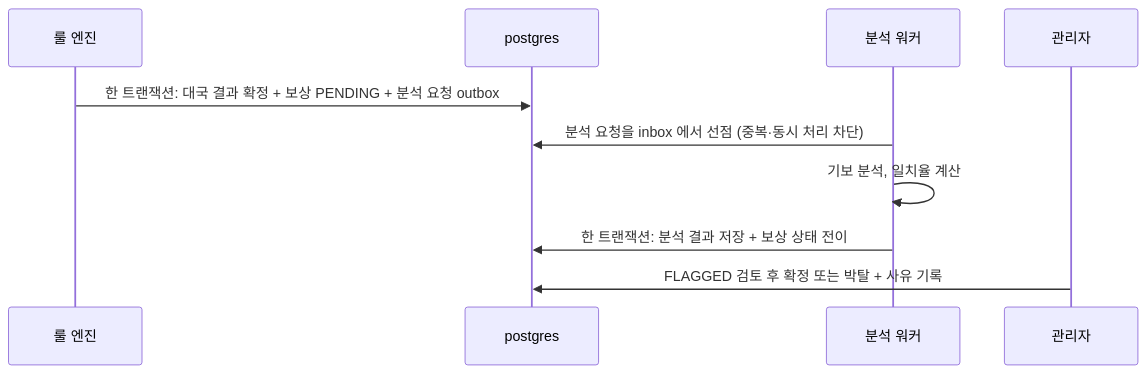
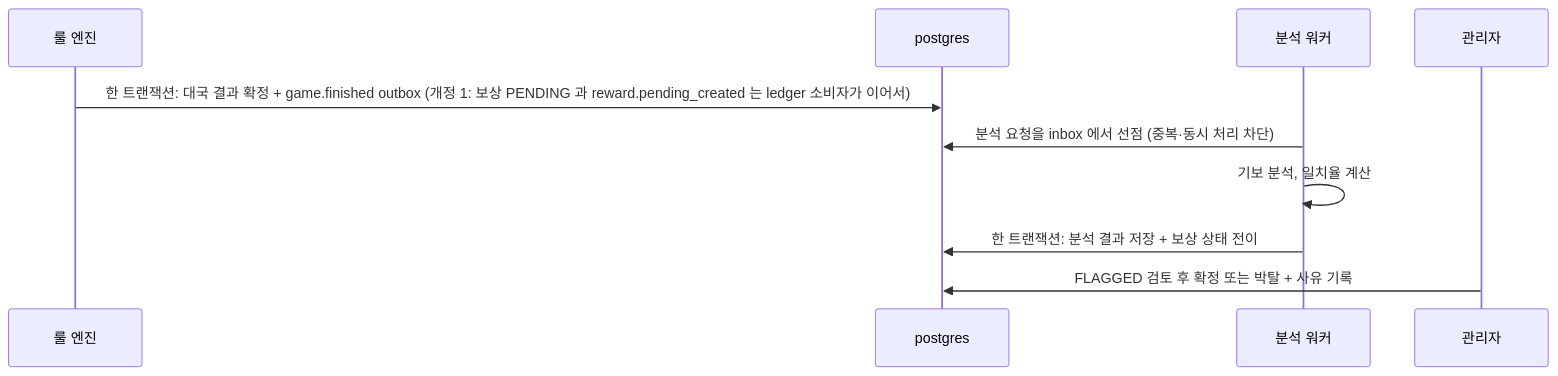
Before and after one commit to 1985jwlee/portpolio_backend: the second of 2 diagrams in docs/adr/ADR-009-game-verdict-and-anticheat.md, drawn with Mermaid. The commit also changed other lines of this file and 32 other files, not shown here.

````diff
--- a/docs/adr/ADR-009-game-verdict-and-anticheat.md
+++ b/docs/adr/ADR-009-game-verdict-and-anticheat.md
@@ -37,13 +48,13 @@
 ```mermaid
 sequenceDiagram
     participant R as 룰 엔진
     participant D as postgres
     participant W as 분석 워커
     participant O as 관리자
 
-    R->>D: 한 트랜잭션: 대국 결과 확정 + 보상 PENDING + 분석 요청 outbox
+    R->>D: 한 트랜잭션: 대국 결과 확정 + game.finished outbox (개정 1: 보상 PENDING 과 reward.pending_created 는 ledger 소비자가 이어서)
     W->>D: 분석 요청을 inbox 에서 선점 (중복·동시 처리 차단)
     W->>W: 기보 분석, 일치율 계산
     W->>D: 한 트랜잭션: 분석 결과 저장 + 보상 상태 전이
     O->>D: FLAGGED 검토 후 확정 또는 박탈 + 사유 기록
 ```
````
